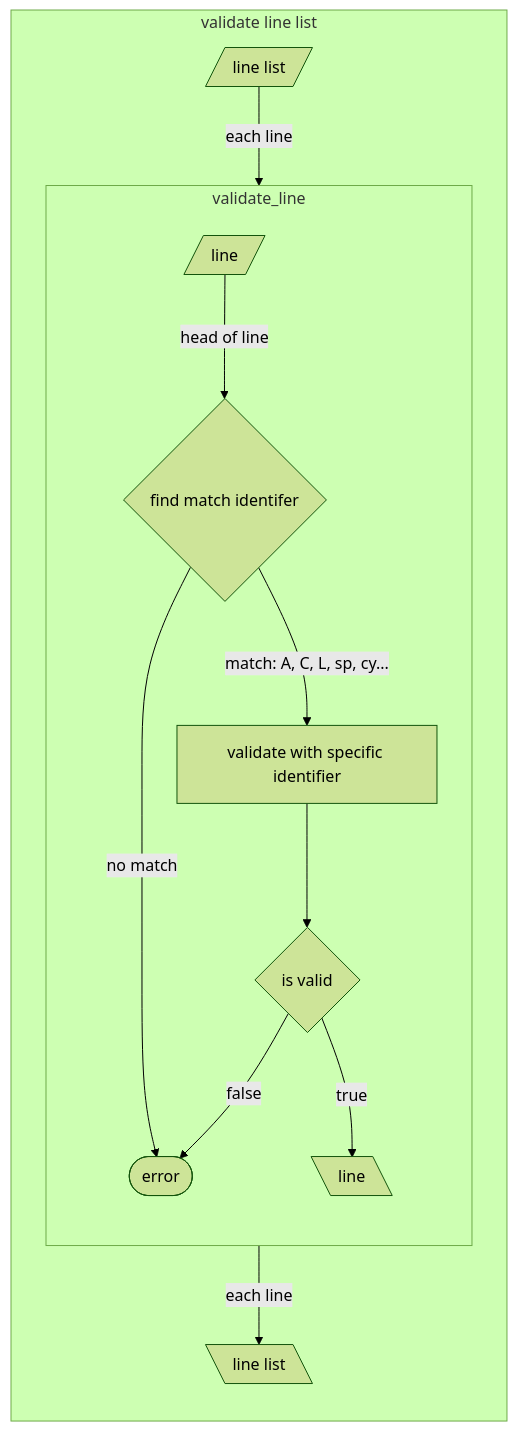
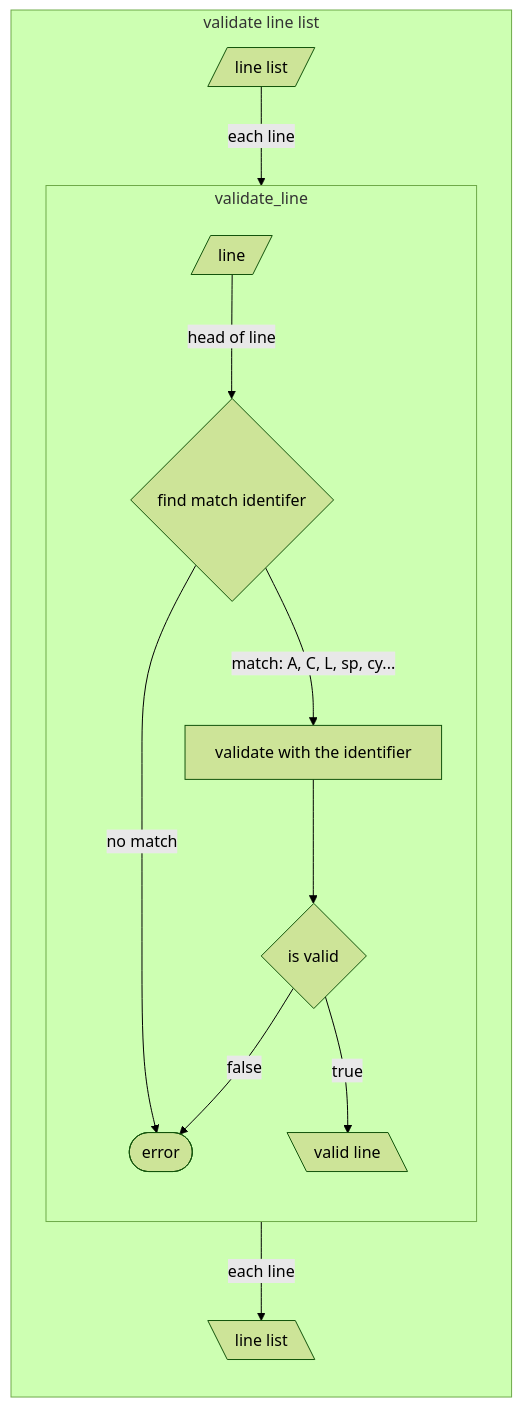
The fourth of 4 diagrams in docs/SequenceDiagrams.md (ikawamuk/weekends_c), drawn with Mermaid (forest theme) before and after one commit. The commit also changed other lines of this file, not shown here.

Commit message:
update mermaid

````diff
--- a/docs/SequenceDiagrams.md
+++ b/docs/SequenceDiagrams.md
@@ -41,18 +41,18 @@
 ```mermaid
 flowchart
 	subgraph validate_line_list [validate line list]
 		direction TB
 		input[/line list/]-->|each line|validate_line
 		subgraph validate_line
 			direction TB
 			vlin[/line/]-->|head of line|if1{find match identifer}
 			if1-->|no match|error
-			if1-->|match: A, C, L, sp, cy...|vl2[validate with specific identifier]
+			if1-->|match: A, C, L, sp, cy...|vl2[validate with the identifier]
 			vl2-->if2{is valid}
-			if2-->|true|vlout[\line\]
+			if2-->|true|vlout[\valid line\]
 			if2-->|false|error
 			error([error])
 		end
 		validate_line-->|each line|output[\line list\]
 	end
 ```
````
